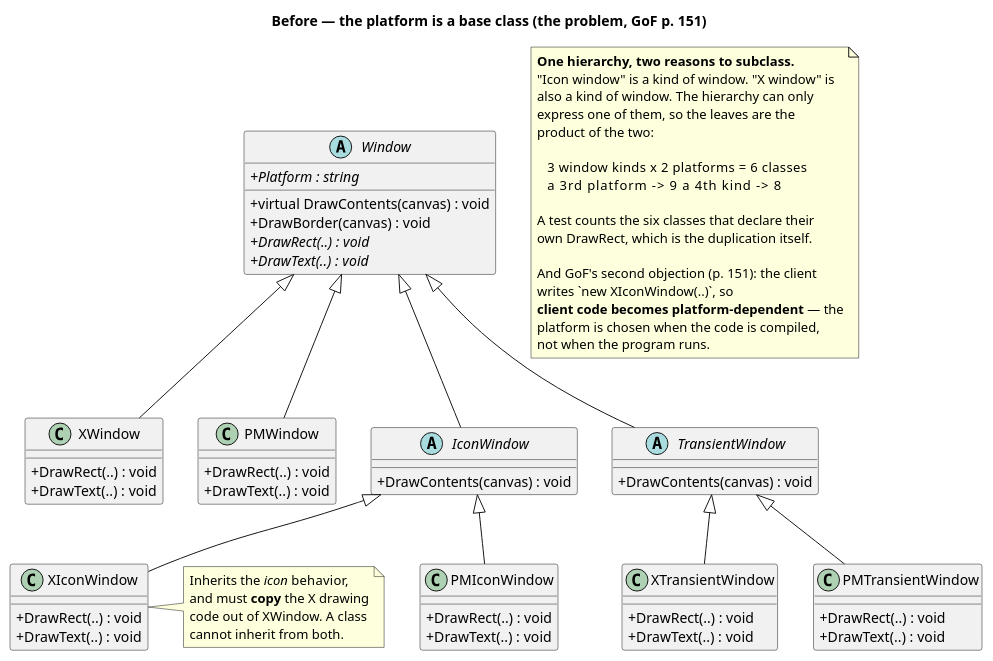
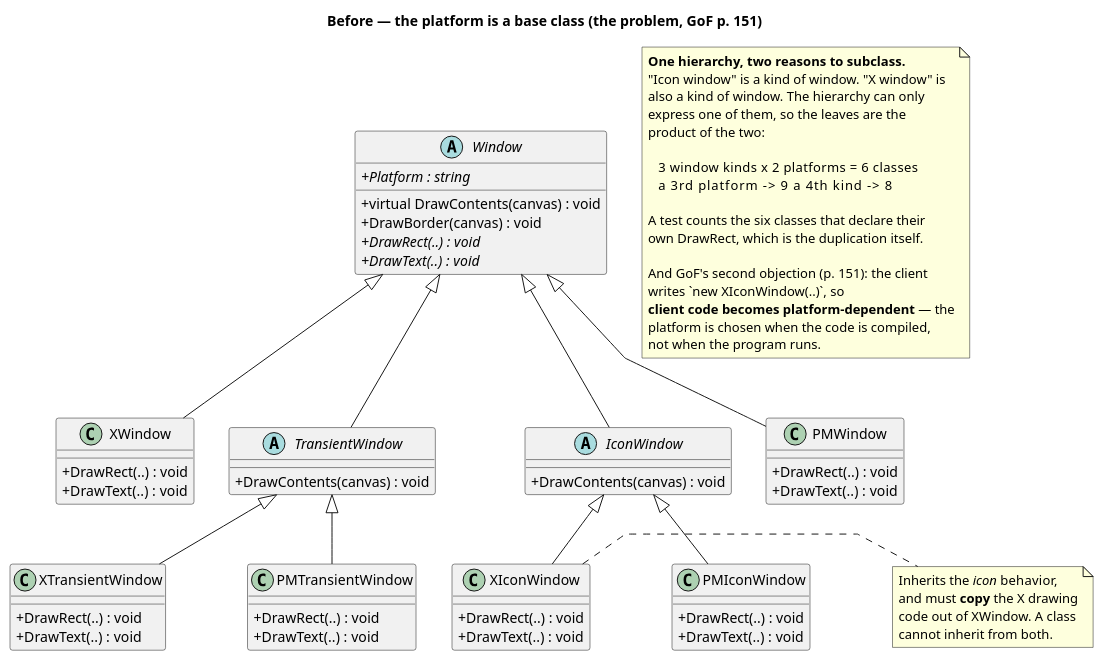
One commit to kaldiroglu/DesignPatternsWithCSharp changed the diagram in Bridge/src/Bridge/Gof/Problem/uml/Bridge - Window (Problem) - Class Diagram.puml. Above: the diagram before and after it, drawn with PlantUML. The commit also changed 43 other files, not shown here.

Commit message:
Diagrams: each parent above and centered over its children, on one row, with straight lines

```diff
--- a/Bridge/src/Bridge/Gof/Problem/uml/Bridge - Window (Problem) - Class Diagram.puml
+++ b/Bridge/src/Bridge/Gof/Problem/uml/Bridge - Window (Problem) - Class Diagram.puml
@@ -1,83 +1,112 @@
 @startuml "Bridge - Window (Problem) - Class Diagram"
+skinparam linetype polyline
+skinparam class {
+  BackgroundColor<<spacer>> transparent
+  BorderColor<<spacer>> transparent
+  FontColor<<spacer>> transparent
+}
+hide <<spacer>> stereotype
+hide <<spacer>> circle
 skinparam classAttributeIconSize 0
 title Before — the platform is a base class (the problem, GoF p. 151)
 
 
 abstract class Window {
   + virtual DrawContents(canvas) : void
   + DrawBorder(canvas) : void
   + {abstract} DrawRect(..) : void
   + {abstract} DrawText(..) : void
   + {abstract} Platform : string
 }
 
 class XWindow {
   + DrawRect(..) : void
   + DrawText(..) : void
 }
 class PMWindow {
   + DrawRect(..) : void
   + DrawText(..) : void
 }
 
 abstract class IconWindow {
   + DrawContents(canvas) : void
 }
 class XIconWindow {
   + DrawRect(..) : void
   + DrawText(..) : void
 }
 class PMIconWindow {
   + DrawRect(..) : void
   + DrawText(..) : void
 }
 
 abstract class TransientWindow {
   + DrawContents(canvas) : void
 }
 class XTransientWindow {
   + DrawRect(..) : void
   + DrawText(..) : void
 }
 class PMTransientWindow {
   + DrawRect(..) : void
   + DrawText(..) : void
 }
 
+Window <|-- TransientWindow
+Window <|-- IconWindow
+Window <|-- PMWindow
 Window <|-- XWindow
-Window <|-- PMWindow
-Window <|-- IconWindow
-Window <|-- TransientWindow
+IconWindow <|-- PMIconWindow
 IconWindow <|-- XIconWindow
-IconWindow <|-- PMIconWindow
+TransientWindow <|-- PMTransientWindow
 TransientWindow <|-- XTransientWindow
-TransientWindow <|-- PMTransientWindow
 
 note right of XIconWindow
   Inherits the <i>icon</i> behavior,
   and must <b>copy</b> the X drawing
   code out of XWindow. A class
   cannot inherit from both.
 end note
 
 note as N1
   <b>One hierarchy, two reasons to subclass.</b>
   "Icon window" is a kind of window. "X window" is
   also a kind of window. The hierarchy can only
   express one of them, so the leaves are the
   product of the two:
 
      3 window kinds  x  2 platforms  =  6 classes
      a 3rd platform  ->  9        a 4th kind -> 8
 
   A test counts the six classes that declare their
   own DrawRect, which is the duplication itself.
 
   And GoF's second objection (p. 151): the client
   writes `new XIconWindow(..)`, so
   <b>client code becomes platform-dependent</b> — the
   platform is chosen when the code is compiled,
   not when the program runs.
 end note
 
+class " " as Spacer1 <<spacer>>
+Window -[hidden]- Spacer1
+Window -[hidden]- Spacer1
+XWindow -[hidden]right- TransientWindow
+TransientWindow -[hidden]right- Spacer1
+Spacer1 -[hidden]right- IconWindow
+IconWindow -[hidden]right- PMWindow
+class " " as Spacer2 <<spacer>>
+IconWindow -[hidden]- Spacer2
+IconWindow -[hidden]- Spacer2
+XIconWindow -[hidden]right- Spacer2
+Spacer2 -[hidden]right- PMIconWindow
+class " " as Spacer3 <<spacer>>
+TransientWindow -[hidden]- Spacer3
+TransientWindow -[hidden]- Spacer3
+XTransientWindow -[hidden]right- Spacer3
+Spacer3 -[hidden]right- PMTransientWindow
+class " " as Spacer66 <<spacer>>
+IconWindow -[hidden]- Spacer66
+PMIconWindow -[hidden]right- Spacer66
+Spacer66 -[hidden]right- XIconWindow
 @enduml
```
